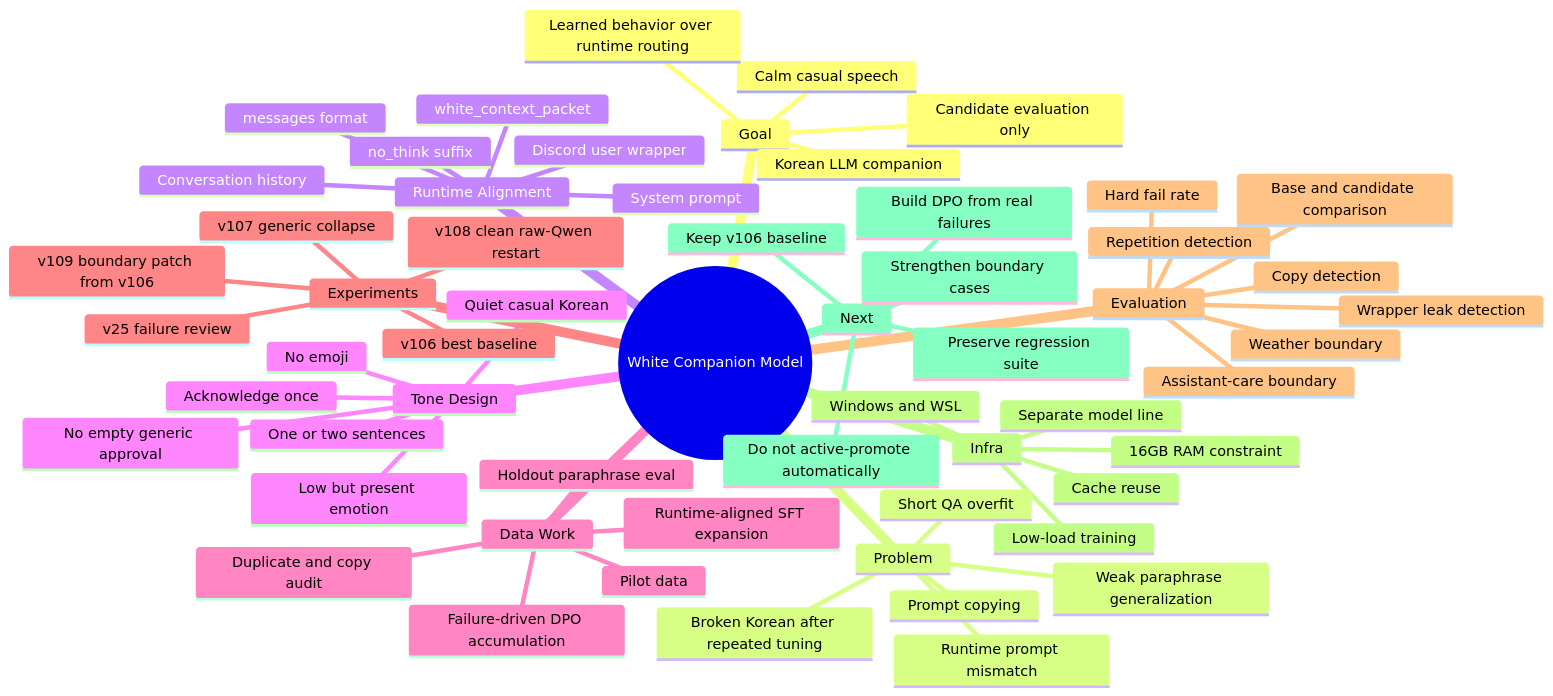
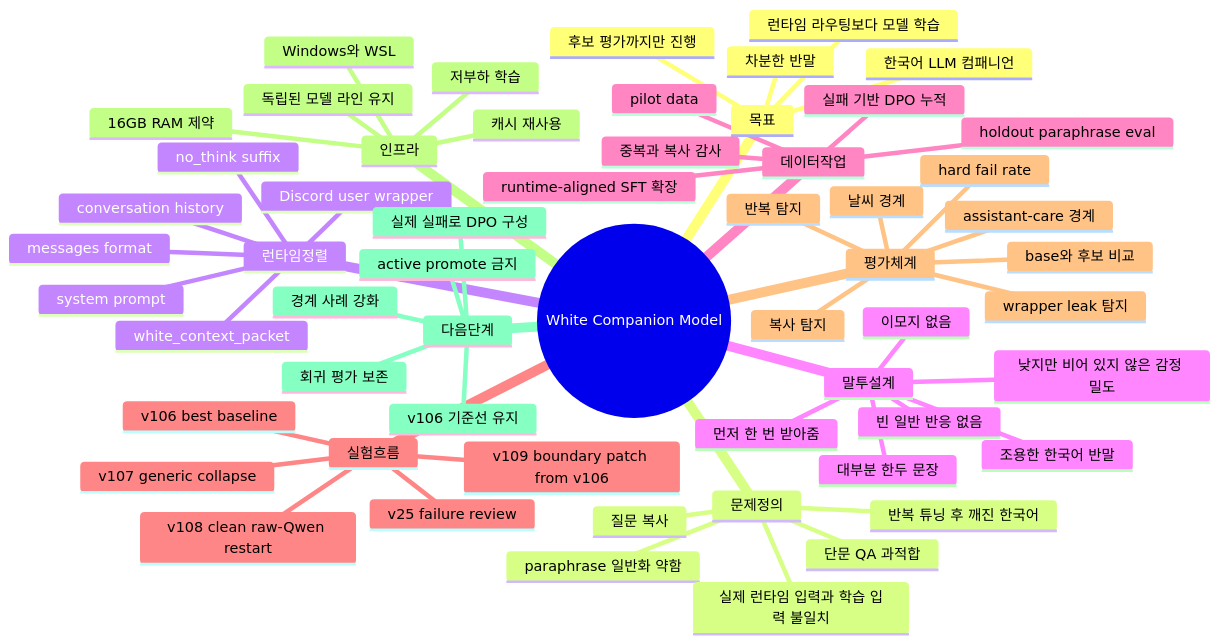
One commit to snvoosy-arch/ai-companion-response-learning changed the diagram in docs/white-mindmap.md. Above: the diagram before and after it, drawn with Mermaid. The commit also changed other lines of this file and 3 other files, not shown here.

````diff
--- a/docs/white-mindmap.md
+++ b/docs/white-mindmap.md
@@ -3,61 +3,61 @@
 ```mermaid
 mindmap
   root((White Companion Model))
-    Goal
-      Korean LLM companion
-      Calm casual speech
-      Learned behavior over runtime routing
-      Candidate evaluation only
-    Problem
-      Short QA overfit
-      Prompt copying
-      Weak paraphrase generalization
-      Runtime prompt mismatch
-      Broken Korean after repeated tuning
-    Runtime Alignment
-      System prompt
+    목표
+      한국어 LLM 컴패니언
+      차분한 반말
+      런타임 라우팅보다 모델 학습
+      후보 평가까지만 진행
+    문제정의
+      단문 QA 과적합
+      질문 복사
+      paraphrase 일반화 약함
+      실제 런타임 입력과 학습 입력 불일치
+      반복 튜닝 후 깨진 한국어
+    런타임정렬
+      system prompt
       white_context_packet
-      Conversation history
+      conversation history
       Discord user wrapper
       no_think suffix
       messages format
-    Tone Design
-      Quiet casual Korean
-      Low but present emotion
-      Acknowledge once
-      One or two sentences
-      No emoji
-      No empty generic approval
-    Data Work
-      Pilot data
-      Runtime-aligned SFT expansion
-      Holdout paraphrase eval
-      Duplicate and copy audit
-      Failure-driven DPO accumulation
-    Experiments
+    말투설계
+      조용한 한국어 반말
+      낮지만 비어 있지 않은 감정 밀도
+      먼저 한 번 받아줌
+      대부분 한두 문장
+      이모지 없음
+      빈 일반 반응 없음
+    데이터작업
+      pilot data
+      runtime-aligned SFT 확장
+      holdout paraphrase eval
+      중복과 복사 감사
+      실패 기반 DPO 누적
+    실험흐름
       v25 failure review
       v106 best baseline
       v107 generic collapse
       v108 clean raw-Qwen restart
       v109 boundary patch from v106
-    Evaluation
-      Base and candidate comparison
-      Copy detection
-      Repetition detection
-      Wrapper leak detection
-      Weather boundary
-      Assistant-care boundary
-      Hard fail rate
-    Infra
-      Windows and WSL
-      16GB RAM constraint
-      Low-load training
-      Cache reuse
-      Separate model line
-    Next
-      Keep v106 baseline
-      Build DPO from real failures
-      Strengthen boundary cases
-      Preserve regression suite
-      Do not active-promote automatically
+    평가체계
+      base와 후보 비교
+      복사 탐지
+      반복 탐지
+      wrapper leak 탐지
+      날씨 경계
+      assistant-care 경계
+      hard fail rate
+    인프라
+      Windows와 WSL
+      16GB RAM 제약
+      저부하 학습
+      캐시 재사용
+      독립된 모델 라인 유지
+    다음단계
+      v106 기준선 유지
+      실제 실패로 DPO 구성
+      경계 사례 강화
+      회귀 평가 보존
+      active promote 금지
 ```
````
